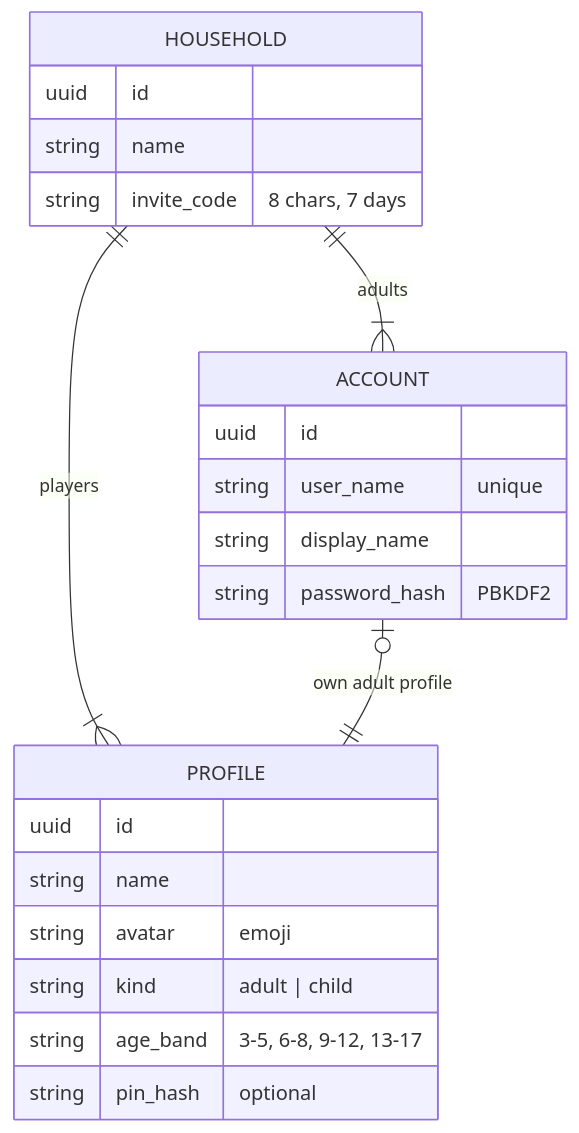
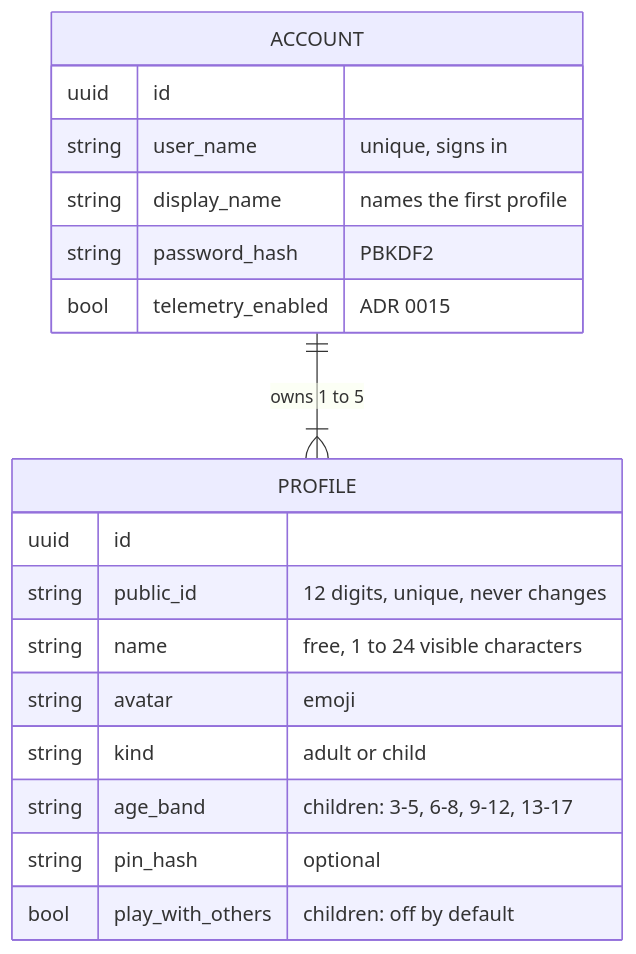
The first of 2 diagrams in docs/architecture/identity.md (vinh466/tohe-play), drawn with Mermaid before and after one commit. The commit also changed other lines of this file and 13 other files, not shown here.

First line of the commit message:
docs: accounts own their profiles (ADR 0023)

````diff
--- a/docs/architecture/identity.md
+++ b/docs/architecture/identity.md
@@ -13,25 +14,21 @@
 ```mermaid
 erDiagram
-  HOUSEHOLD ||--|{ ACCOUNT : "adults"
-  HOUSEHOLD ||--|{ PROFILE : "players"
-  ACCOUNT |o--|| PROFILE : "own adult profile"
-  HOUSEHOLD {
-    uuid id
-    string name
-    string invite_code "8 chars, 7 days"
-  }
+  ACCOUNT ||--|{ PROFILE : "owns 1 to 5"
   ACCOUNT {
     uuid id
-    string user_name "unique"
-    string display_name
+    string user_name "unique, signs in"
+    string display_name "names the first profile"
     string password_hash "PBKDF2"
+    bool telemetry_enabled "ADR 0015"
   }
   PROFILE {
     uuid id
-    string name
+    string public_id "12 digits, unique, never changes"
+    string name "free, 1 to 24 visible characters"
     string avatar "emoji"
-    string kind "adult | child"
-    string age_band "3-5, 6-8, 9-12, 13-17"
+    string kind "adult or child"
+    string age_band "children: 3-5, 6-8, 9-12, 13-17"
     string pin_hash "optional"
+    bool play_with_others "children: off by default"
   }
 ```
````
